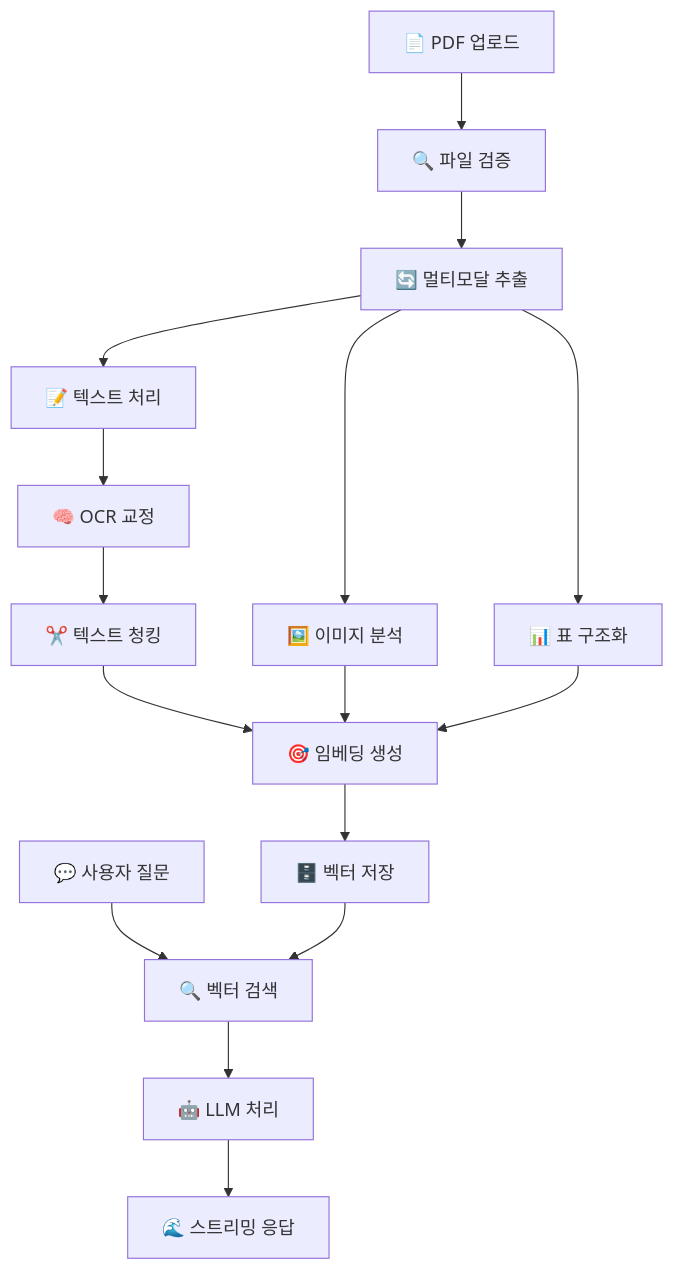
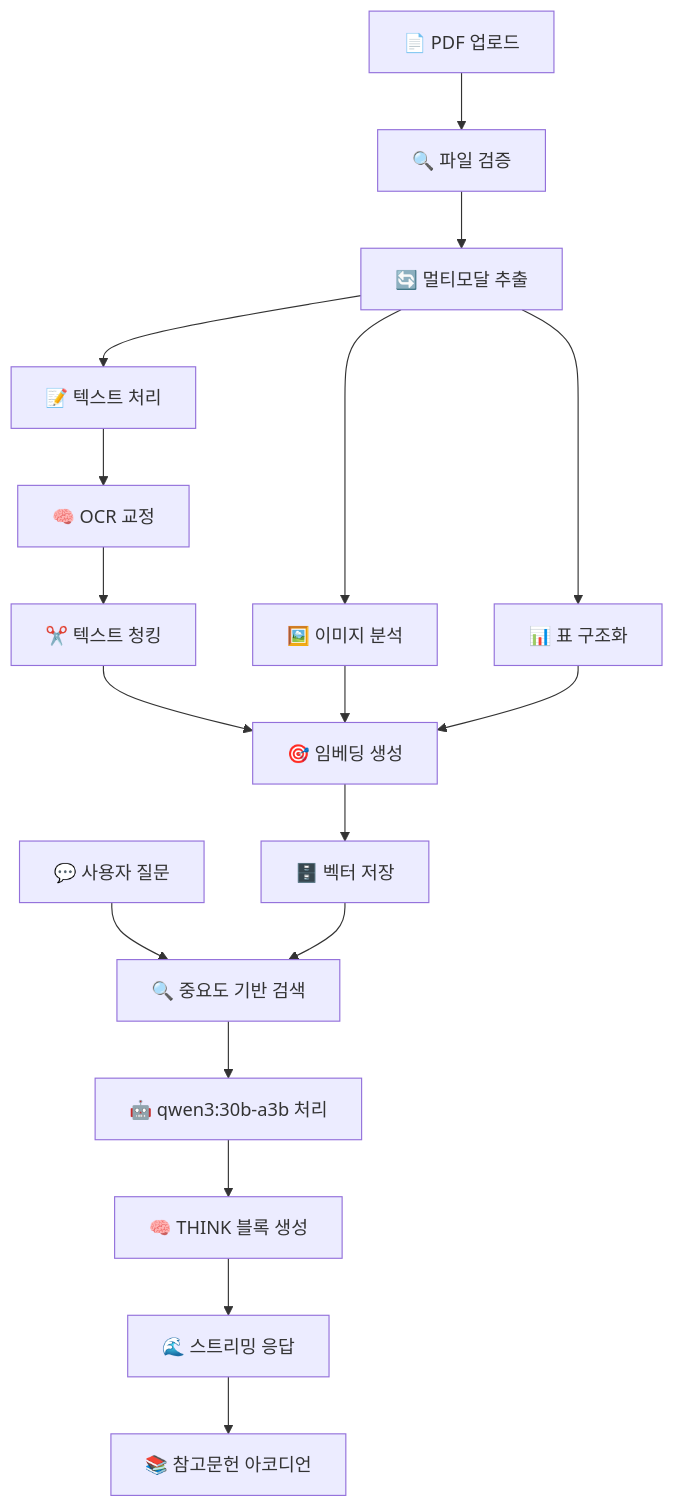
One commit to hyoseop1231/kitech-rag-chatbot changed the diagram in README.md. Above: the diagram before and after it, drawn with Mermaid. The commit also changed other lines of this file and 7 other files, not shown here.

````diff
--- a/README.md
+++ b/README.md
@@ -105,19 +126,21 @@
 ```mermaid
 graph TD
     A[📄 PDF 업로드] --> B[🔍 파일 검증]
     B --> C[🔄 멀티모달 추출]
     C --> D[📝 텍스트 처리]
     C --> E[🖼️ 이미지 분석]
     C --> F[📊 표 구조화]
     D --> G[🧠 OCR 교정]
     G --> H[✂️ 텍스트 청킹]
     H --> I[🎯 임베딩 생성]
     E --> I
     F --> I
     I --> J[🗄️ 벡터 저장]
     
-    K[💬 사용자 질문] --> L[🔍 벡터 검색]
+    K[💬 사용자 질문] --> L[🔍 중요도 기반 검색]
     J --> L
-    L --> M[🤖 LLM 처리]
-    M --> N[🌊 스트리밍 응답]
+    L --> M[🤖 qwen3:30b-a3b 처리]
+    M --> N[🧠 THINK 블록 생성]
+    N --> O[🌊 스트리밍 응답]
+    O --> P[📚 참고문헌 아코디언]
 ```
````
